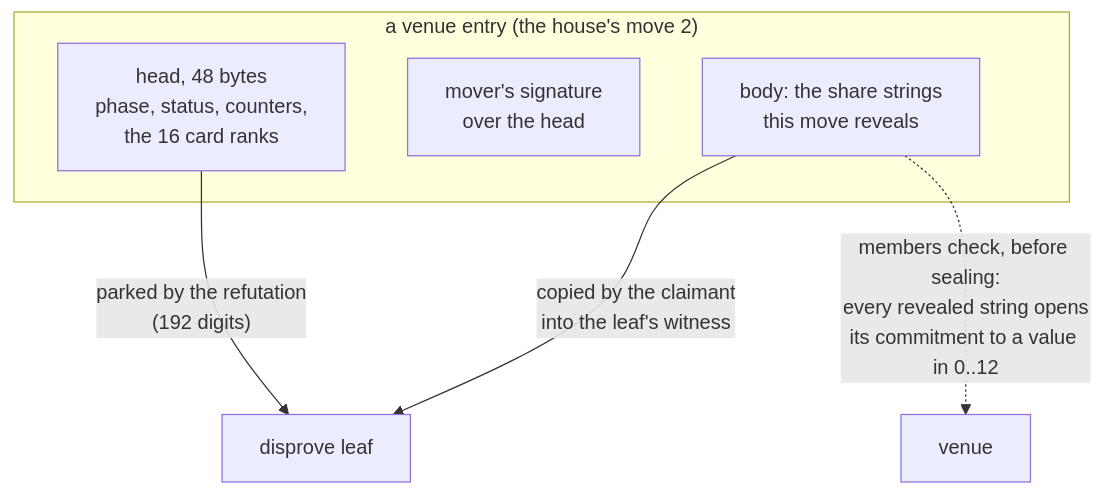
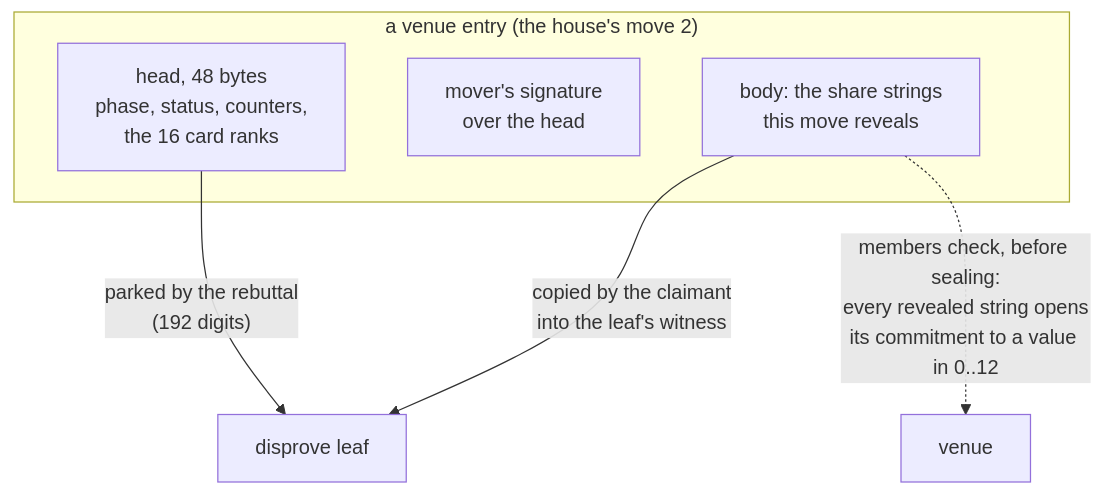
One commit to AdamISZ/ln-gap changed the diagram in docs/blackjack-shares.md. Above: the diagram before and after it, drawn with Mermaid. The commit also changed 86 other files, not shown here.

First line of the commit message:
Rename "refute"/"refutation" to "rebut"/"rebuttal" throughout

````diff
--- a/docs/blackjack-shares.md
+++ b/docs/blackjack-shares.md
@@ -51,11 +51,11 @@
 ```mermaid
 flowchart TB
     subgraph E["a venue entry (the house's move 2)"]
         H["head, 48 bytes<br/>phase, status, counters,<br/>the 16 card ranks"]
         S["mover's signature<br/>over the head"]
         Bo["body: the share strings<br/>this move reveals"]
     end
-    H -- "parked by the refutation<br/>(192 digits)" --> L["disprove leaf"]
+    H -- "parked by the rebuttal<br/>(192 digits)" --> L["disprove leaf"]
     Bo -- "copied by the claimant<br/>into the leaf's witness" --> L
     Bo -. "members check, before sealing:<br/>every revealed string opens<br/>its commitment to a value in 0..12" .-> V["venue"]
 ```
````
